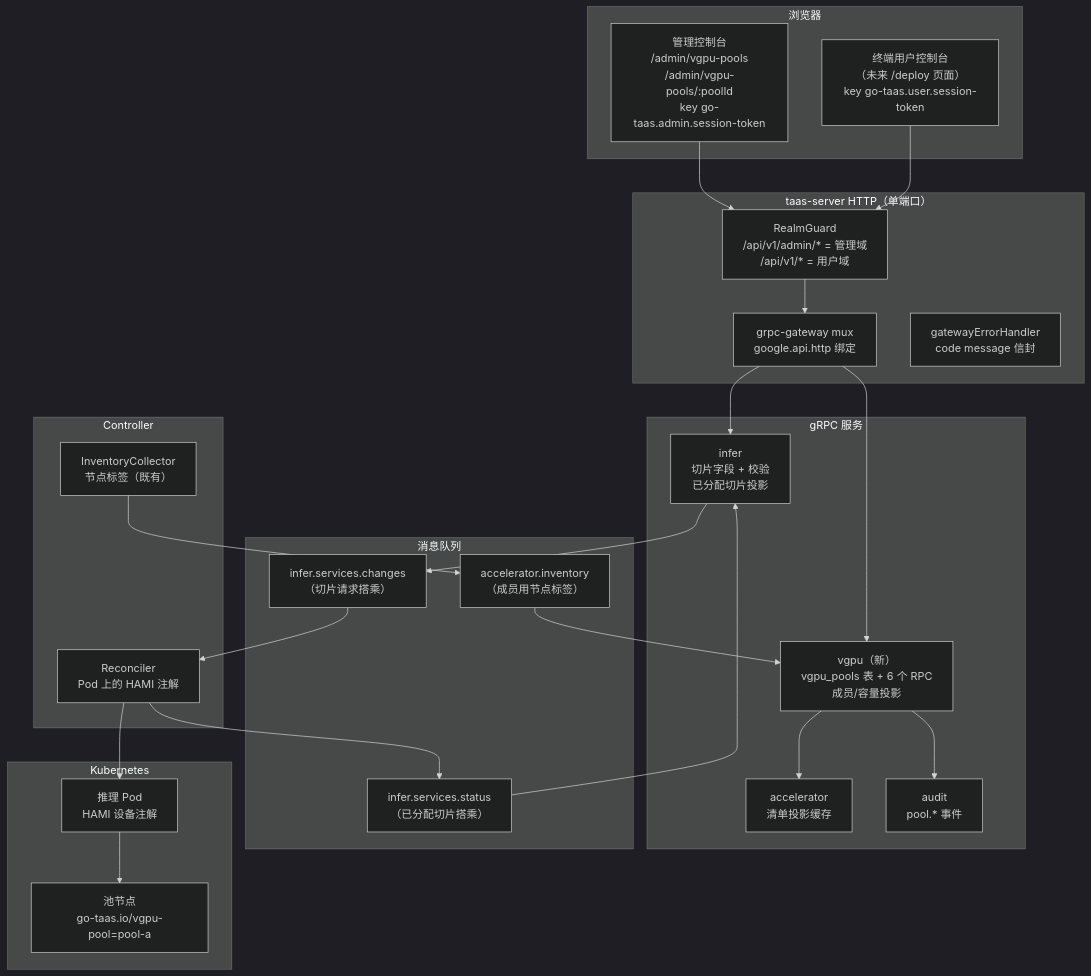
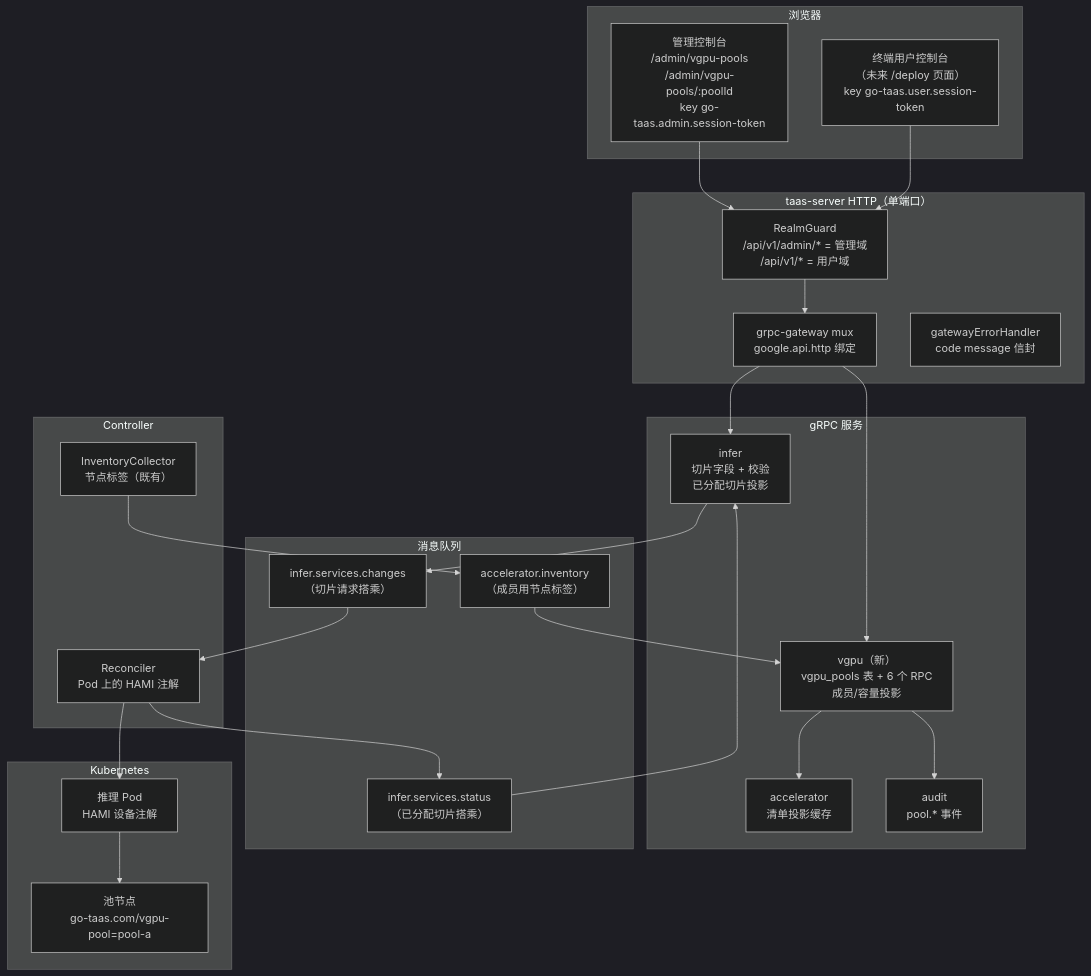
Before and after one commit to go-taas/go-taas: the first of 3 diagrams in site/docs/architecture/vgpu-slicing-pool.zh-cn.md, drawn with Mermaid (dark theme). The commit also changed other lines of this file and 49 other files, not shown here.

````diff
--- a/site/docs/architecture/vgpu-slicing-pool.zh-cn.md
+++ b/site/docs/architecture/vgpu-slicing-pool.zh-cn.md
@@ -83,52 +83,52 @@
 ```mermaid
 flowchart TD
     subgraph browsers["浏览器"]
         AC["管理控制台<br/>/admin/vgpu-pools<br/>/admin/vgpu-pools/:poolId<br/>key go-taas.admin.session-token"]
         UC["终端用户控制台<br/>（未来 /deploy 页面）<br/>key go-taas.user.session-token"]
     end
 
     subgraph gateway["taas-server HTTP（单端口）"]
         GUARD["RealmGuard<br/>/api/v1/admin/* = 管理域<br/>/api/v1/* = 用户域"]
         MUX["grpc-gateway mux<br/>google.api.http 绑定"]
         ERR["gatewayErrorHandler<br/>code message 信封"]
     end
 
     subgraph services["gRPC 服务"]
         VGPU["vgpu（新）<br/>vgpu_pools 表 + 6 个 RPC<br/>成员/容量投影"]
         INF["infer<br/>切片字段 + 校验<br/>已分配切片投影"]
         ACC["accelerator<br/>清单投影缓存"]
         AUD["audit<br/>pool.* 事件"]
     end
 
     subgraph mq["消息队列"]
         CH["infer.services.changes<br/>（切片请求搭乘）"]
         ST["infer.services.status<br/>（已分配切片搭乘）"]
         INV["accelerator.inventory<br/>（成员用节点标签）"]
     end
 
     subgraph ctrl["Controller"]
         REC["Reconciler<br/>Pod 上的 HAMI 注解"]
         INVCOL["InventoryCollector<br/>节点标签（既有）"]
     end
 
     subgraph k8s["Kubernetes"]
         POD["推理 Pod<br/>HAMI 设备注解"]
-        NODE["池节点<br/>go-taas.io/vgpu-pool=pool-a"]
+        NODE["池节点<br/>go-taas.com/vgpu-pool=pool-a"]
     end
 
     AC --> GUARD
     UC --> GUARD
     GUARD --> MUX
     MUX --> VGPU
     MUX --> INF
     VGPU --> ACC
     VGPU --> AUD
     INF --> CH
     CH --> REC
     REC --> POD
     POD --> NODE
     INVCOL --> INV
     INV --> VGPU
     REC --> ST
     ST --> INF
 ```
````
